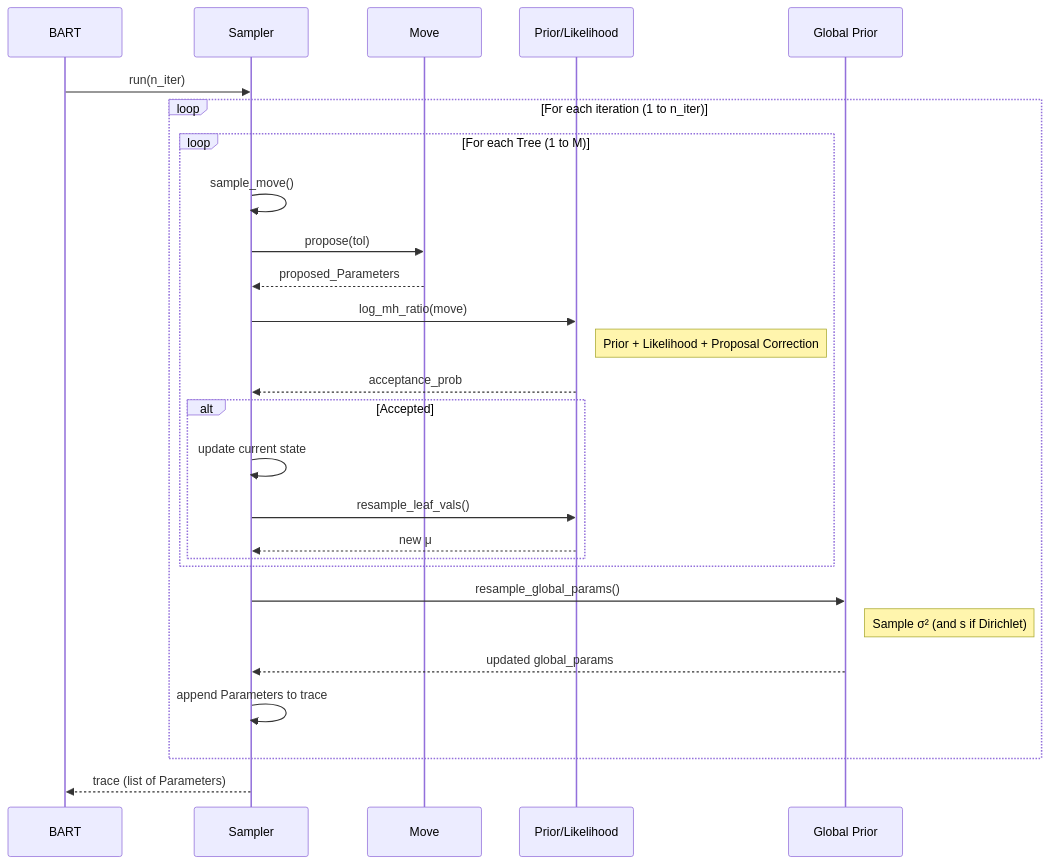
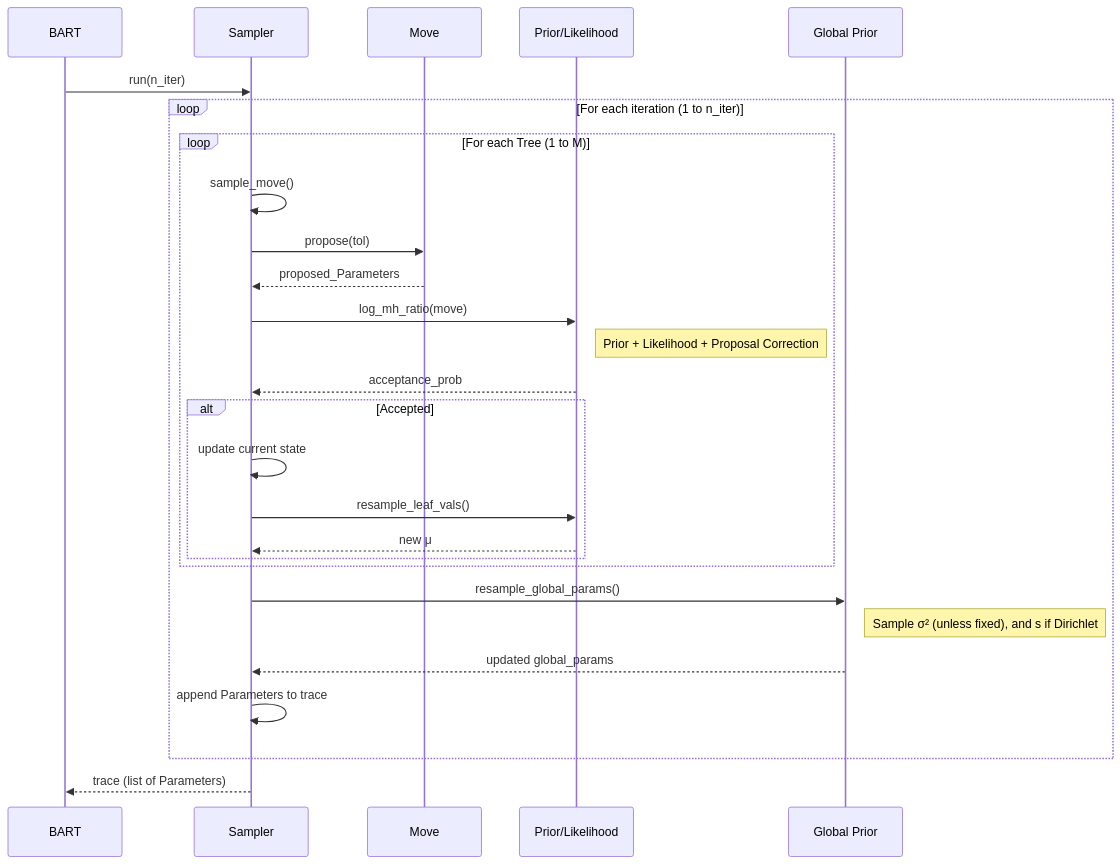
The second of 5 diagrams in README.md (yanshuotan/bart-playground), drawn with Mermaid before and after one commit. The commit also changed other lines of this file and 2 other files, not shown here.

````diff
--- a/README.md
+++ b/README.md
@@ -177,34 +177,34 @@
 ```mermaid
 sequenceDiagram
     participant B as BART
     participant S as Sampler
     participant M as Move
     participant P as Prior/Likelihood
     participant G as Global Prior
 
     B->>S: run(n_iter)
     
     loop For each iteration (1 to n_iter)
         loop For each Tree (1 to M)
             S->>S: sample_move()
             S->>M: propose(tol)
             M-->>S: proposed_Parameters
             S->>P: log_mh_ratio(move)
             Note right of P: Prior + Likelihood + Proposal Correction
             P-->>S: acceptance_prob
             
             alt Accepted
                 S->>S: update current state
                 S->>P: resample_leaf_vals()
                 P-->>S: new μ
             end
         end
         
         S->>G: resample_global_params()
-        Note right of G: Sample σ² (and s if Dirichlet)
+        Note right of G: Sample σ² (unless fixed), and s if Dirichlet
         G-->>S: updated global_params
         
         S->>S: append Parameters to trace
     end
     S-->>B: trace (list of Parameters)
 ```
````
